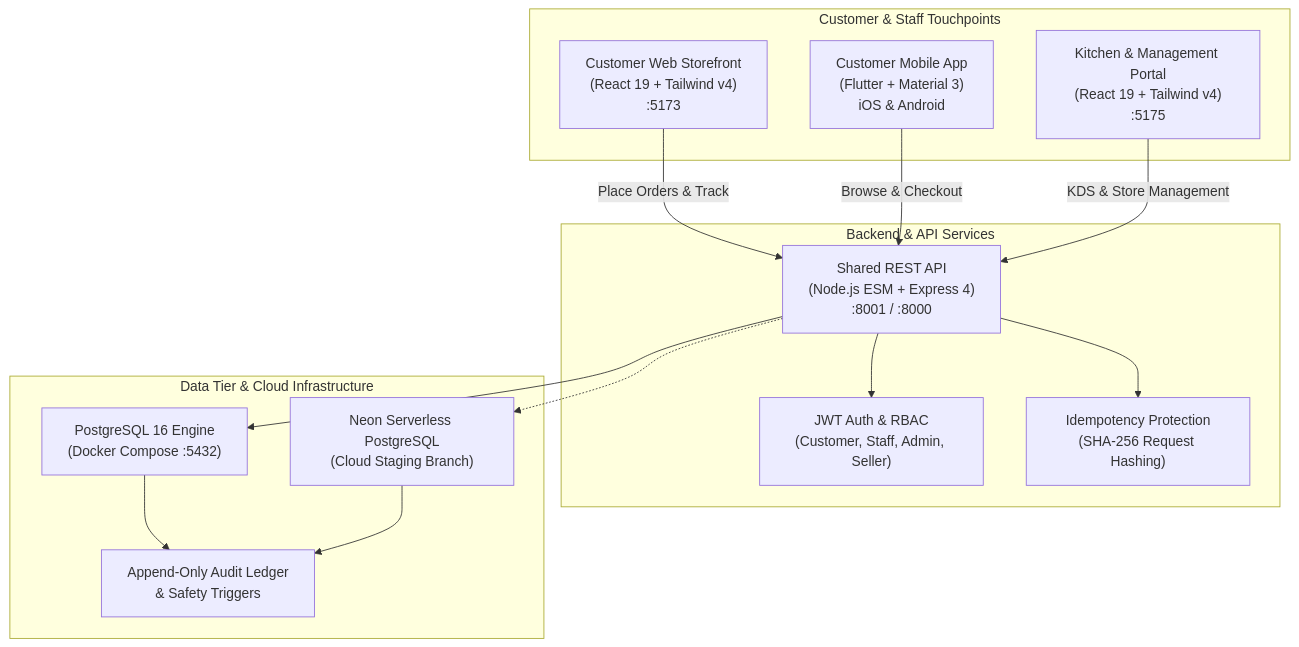
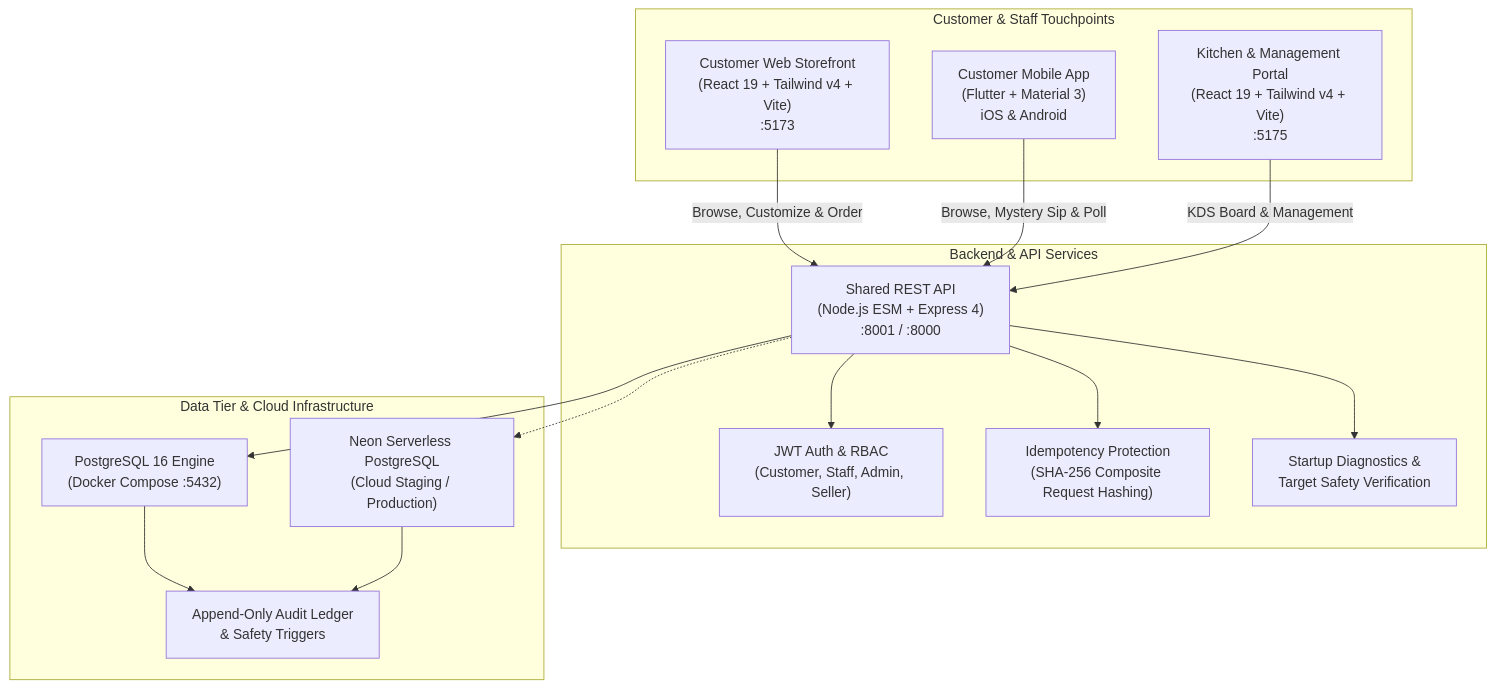
One commit to Bunvathana876/coffee-milk-tea-shop changed the first of 2 diagrams in README.md. Above: the diagram before and after it, drawn with Mermaid. The commit also changed other lines of this file and 4 other files, not shown here.

````diff
--- a/README.md
+++ b/README.md
@@ -13,31 +26,33 @@
 ```mermaid
 flowchart TB
     subgraph Clients["Customer & Staff Touchpoints"]
-        WebStore["Customer Web Storefront\n(React 19 + Tailwind v4)\n:5173"]
+        WebStore["Customer Web Storefront\n(React 19 + Tailwind v4 + Vite)\n:5173"]
         MobileApp["Customer Mobile App\n(Flutter + Material 3)\niOS & Android"]
-        Portal["Kitchen & Management Portal\n(React 19 + Tailwind v4)\n:5175"]
+        Portal["Kitchen & Management Portal\n(React 19 + Tailwind v4 + Vite)\n:5175"]
     end
 
     subgraph BackendGateway["Backend & API Services"]
         API["Shared REST API\n(Node.js ESM + Express 4)\n:8001 / :8000"]
         AuthMiddleware["JWT Auth & RBAC\n(Customer, Staff, Admin, Seller)"]
-        Idempotency["Idempotency Protection\n(SHA-256 Request Hashing)"]
+        Idempotency["Idempotency Protection\n(SHA-256 Composite Request Hashing)"]
+        Diagnostics["Startup Diagnostics &\nTarget Safety Verification"]
     end
 
     subgraph Storage["Data Tier & Cloud Infrastructure"]
         PostgresLocal["PostgreSQL 16 Engine\n(Docker Compose :5432)"]
-        NeonCloud["Neon Serverless PostgreSQL\n(Cloud Staging Branch)"]
+        NeonCloud["Neon Serverless PostgreSQL\n(Cloud Staging / Production)"]
         AuditTriggers["Append-Only Audit Ledger\n& Safety Triggers"]
     end
 
-    WebStore -->|"Place Orders & Track"| API
-    MobileApp -->|"Browse & Checkout"| API
-    Portal -->|"KDS & Store Management"| API
+    WebStore -->|"Browse, Customize & Order"| API
+    MobileApp -->|"Browse, Mystery Sip & Poll"| API
+    Portal -->|"KDS Board & Management"| API
 
     API --> AuthMiddleware
     API --> Idempotency
+    API --> Diagnostics
     API --> PostgresLocal
     API -.-> NeonCloud
     PostgresLocal --> AuditTriggers
     NeonCloud --> AuditTriggers
 ```
````
